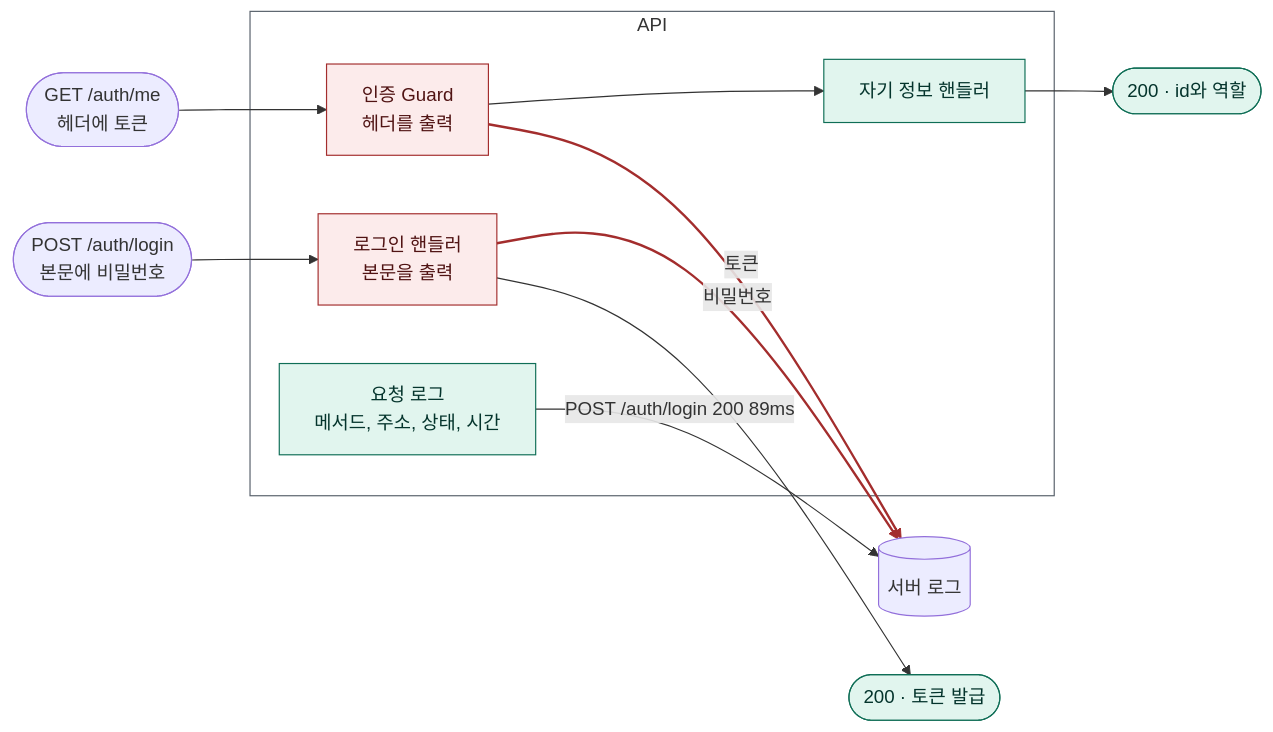
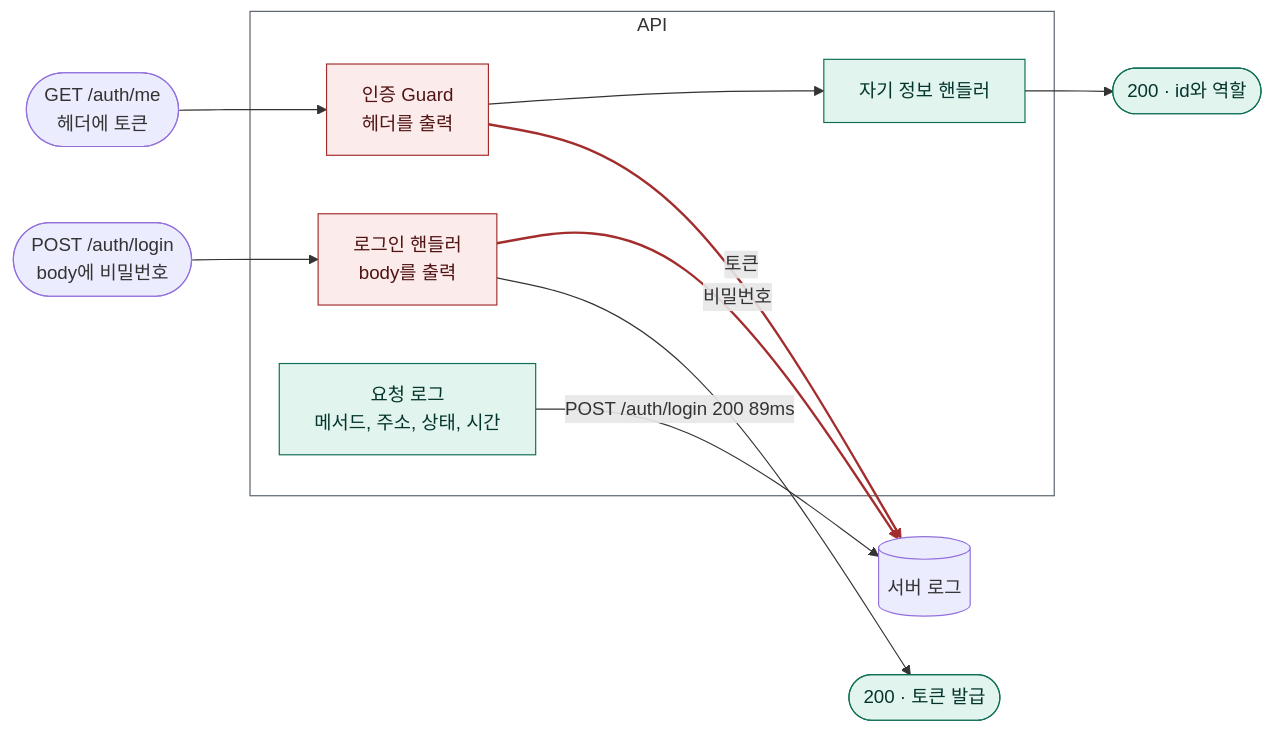
One commit to loquemedalagana/secure-enroll-demo changed the first of 3 diagrams in docs/diagnosis/defect-3.md. Above: the diagram before and after it, drawn with Mermaid. The commit also changed other lines of this file and 4 other files, not shown here.

````diff
--- a/docs/diagnosis/defect-3.md
+++ b/docs/diagnosis/defect-3.md
@@ -95,29 +95,29 @@
 ```mermaid
 flowchart LR
-  req1(["POST /auth/login<br/>본문에 비밀번호"])
+  req1(["POST /auth/login<br/>body에 비밀번호"])
   req2(["GET /auth/me<br/>헤더에 토큰"])
 
   subgraph api["API"]
     g["인증 Guard<br/>헤더를 출력"]
-    h1["로그인 핸들러<br/>본문을 출력"]
+    h1["로그인 핸들러<br/>body를 출력"]
     h2["자기 정보 핸들러"]
     m["요청 로그<br/>메서드, 주소, 상태, 시간"]
   end
 
   log[("서버 로그")]
 
   req1 --> h1
   req2 --> g --> h2
   h1 -- "비밀번호" --> log
   g -- "토큰" --> log
   m -- "POST /auth/login 200 89ms" --> log
   h1 --> ok1(["200 · 토큰 발급"])
   h2 --> ok2(["200 · id와 역할"])
 
   classDef safe fill:#E1F5EE,stroke:#0F6E56,color:#04342C
   classDef danger fill:#FCEBEB,stroke:#A32D2D,color:#501313
   class h2,m,ok1,ok2 safe
   class g,h1 danger
   style api fill:none,stroke:#57606a
   linkStyle 3,4 stroke:#A32D2D,stroke-width:2px
 ```
````
